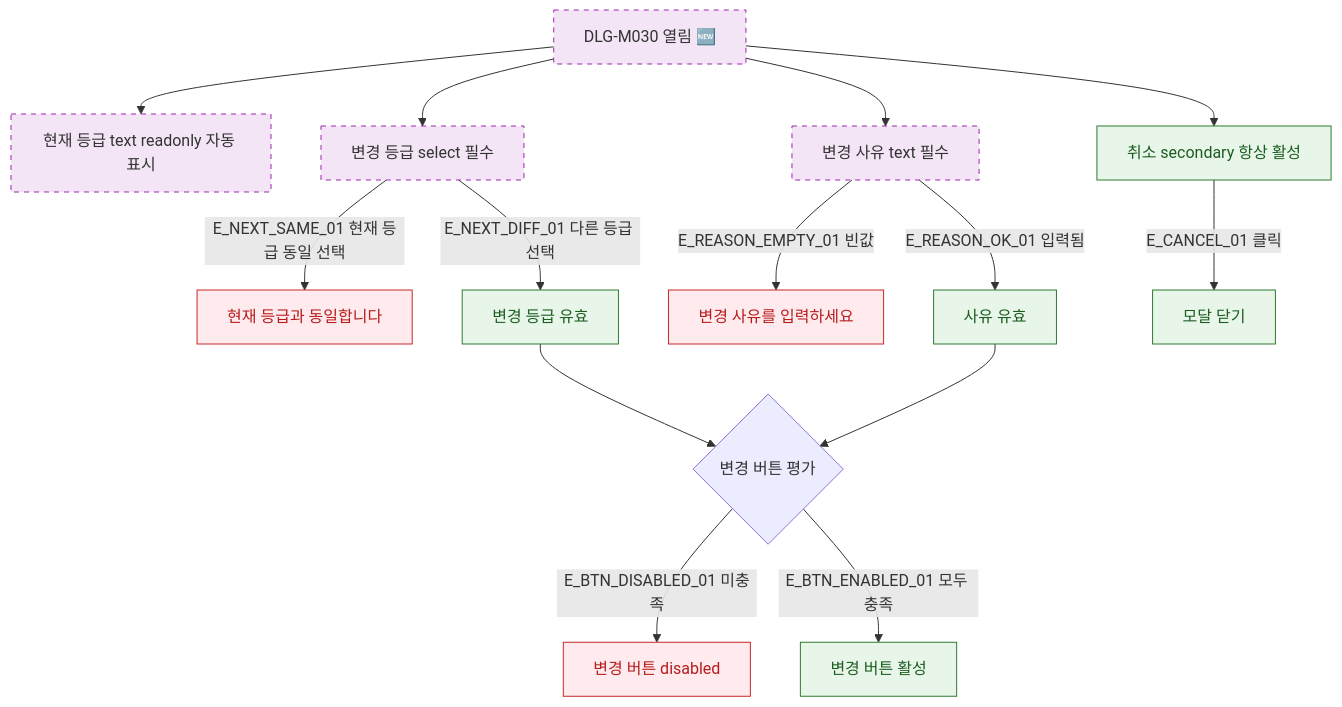
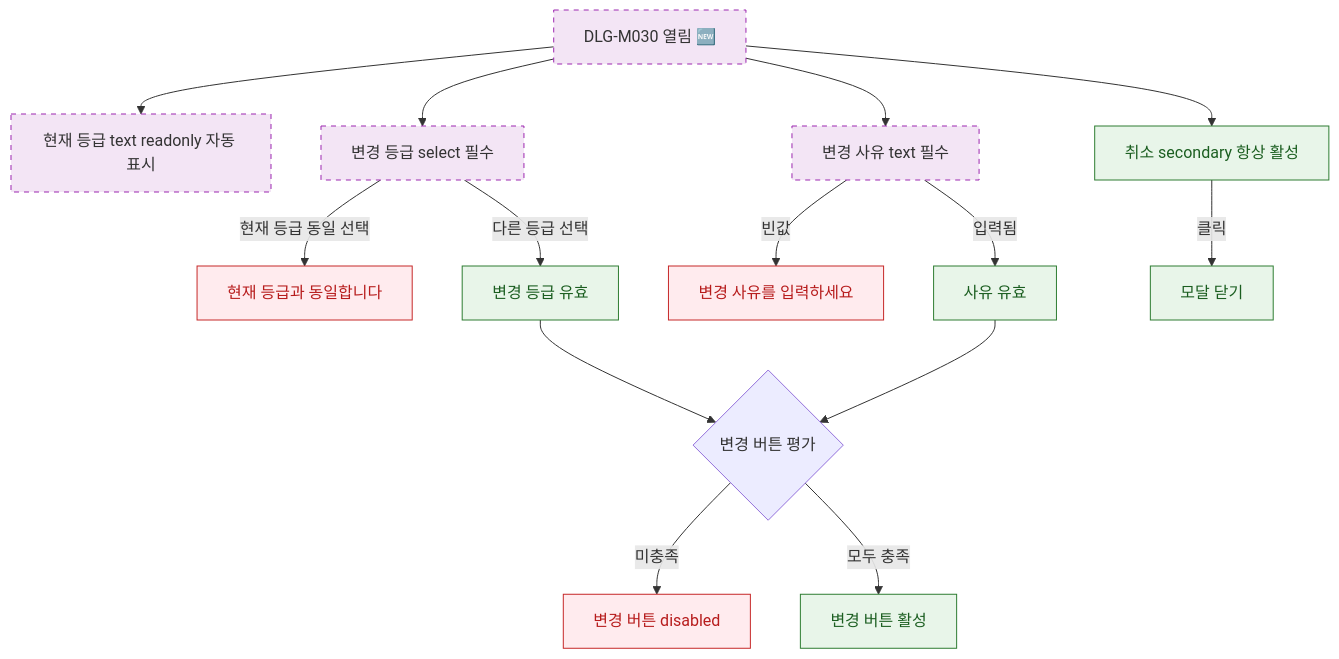
One commit to dev-spogym/admin-pando changed the diagram in docs/다이어그램/D02_회원관리/DLG/DLG-M030_등급변경/M2_필드검증.md. Above: the diagram before and after it, drawn with Mermaid. The commit also changed other lines of this file and 1660 other files, not shown here.

First line of the commit message:
다이어그램: 기획자/클라이언트 납품본으로 정리

````diff
--- a/docs/다이어그램/D02_회원관리/DLG/DLG-M030_등급변경/M2_필드검증.md
+++ b/docs/다이어그램/D02_회원관리/DLG/DLG-M030_등급변경/M2_필드검증.md
@@ -22,32 +20,32 @@
 ```mermaid
 flowchart TD
   DLG[DLG-M030 열림 🆕]
 
   DLG --> FLD_CURRENT[현재 등급 text readonly 자동 표시]
   DLG --> FLD_NEXT[변경 등급 select 필수]
   DLG --> FLD_REASON[변경 사유 text 필수]
 
-  FLD_NEXT -->|E_NEXT_SAME_01 현재 등급 동일 선택| ERR_SAME[현재 등급과 동일합니다]
-  FLD_NEXT -->|E_NEXT_DIFF_01 다른 등급 선택| NEXT_OK[변경 등급 유효]
+  FLD_NEXT -->|현재 등급 동일 선택|ERR_SAME[현재 등급과 동일합니다]
+  FLD_NEXT -->|다른 등급 선택|NEXT_OK[변경 등급 유효]
 
-  FLD_REASON -->|E_REASON_EMPTY_01 빈값| ERR_REASON[변경 사유를 입력하세요]
-  FLD_REASON -->|E_REASON_OK_01 입력됨| REASON_OK[사유 유효]
+  FLD_REASON -->|빈값|ERR_REASON[변경 사유를 입력하세요]
+  FLD_REASON -->|입력됨|REASON_OK[사유 유효]
 
-  NEXT_OK   --> BTN_EVAL{변경 버튼 평가}
+  NEXT_OK --> BTN_EVAL{변경 버튼 평가}
   REASON_OK --> BTN_EVAL
 
-  BTN_EVAL -->|E_BTN_DISABLED_01 미충족| BTN_DISABLED[변경 버튼 disabled]
-  BTN_EVAL -->|E_BTN_ENABLED_01 모두 충족| BTN_ENABLED[변경 버튼 활성]
+  BTN_EVAL -->|미충족|BTN_DISABLED[변경 버튼 disabled]
+  BTN_EVAL -->|모두 충족|BTN_ENABLED[변경 버튼 활성]
 
   DLG --> BTN_CANCEL[취소 secondary 항상 활성]
-  BTN_CANCEL -->|E_CANCEL_01 클릭| CLOSE[모달 닫기]
+  BTN_CANCEL -->|클릭|CLOSE[모달 닫기]
 
   classDef newFeature fill:#F3E5F5,stroke:#9C27B0,stroke-dasharray:5 5
-  classDef success    fill:#E8F5E9,stroke:#2E7D32,color:#1B5E20
-  classDef error      fill:#FFEBEE,stroke:#C62828,color:#B71C1C
-  classDef system     fill:#EDE7F6,stroke:#5E35B2
+  classDef success fill:#E8F5E9,stroke:#2E7D32,color:#1B5E20
+  classDef error fill:#FFEBEE,stroke:#C62828,color:#B71C1C
+  classDef system fill:#EDE7F6,stroke:#5E35B2
 
   class DLG,FLD_CURRENT,FLD_NEXT,FLD_REASON newFeature
   class NEXT_OK,REASON_OK,BTN_ENABLED,BTN_CANCEL,CLOSE success
   class ERR_SAME,ERR_REASON,BTN_DISABLED error
 ```
````
